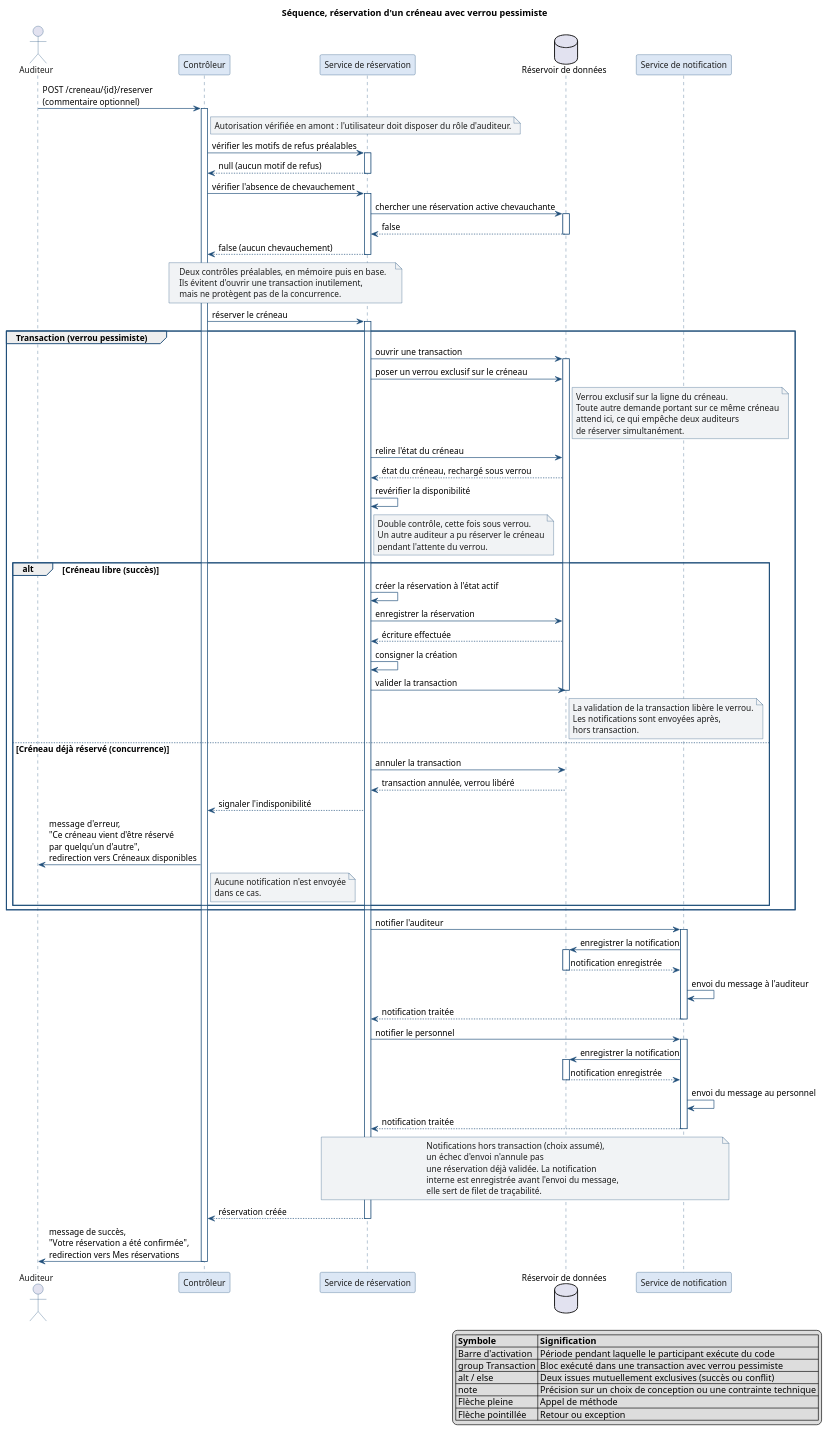
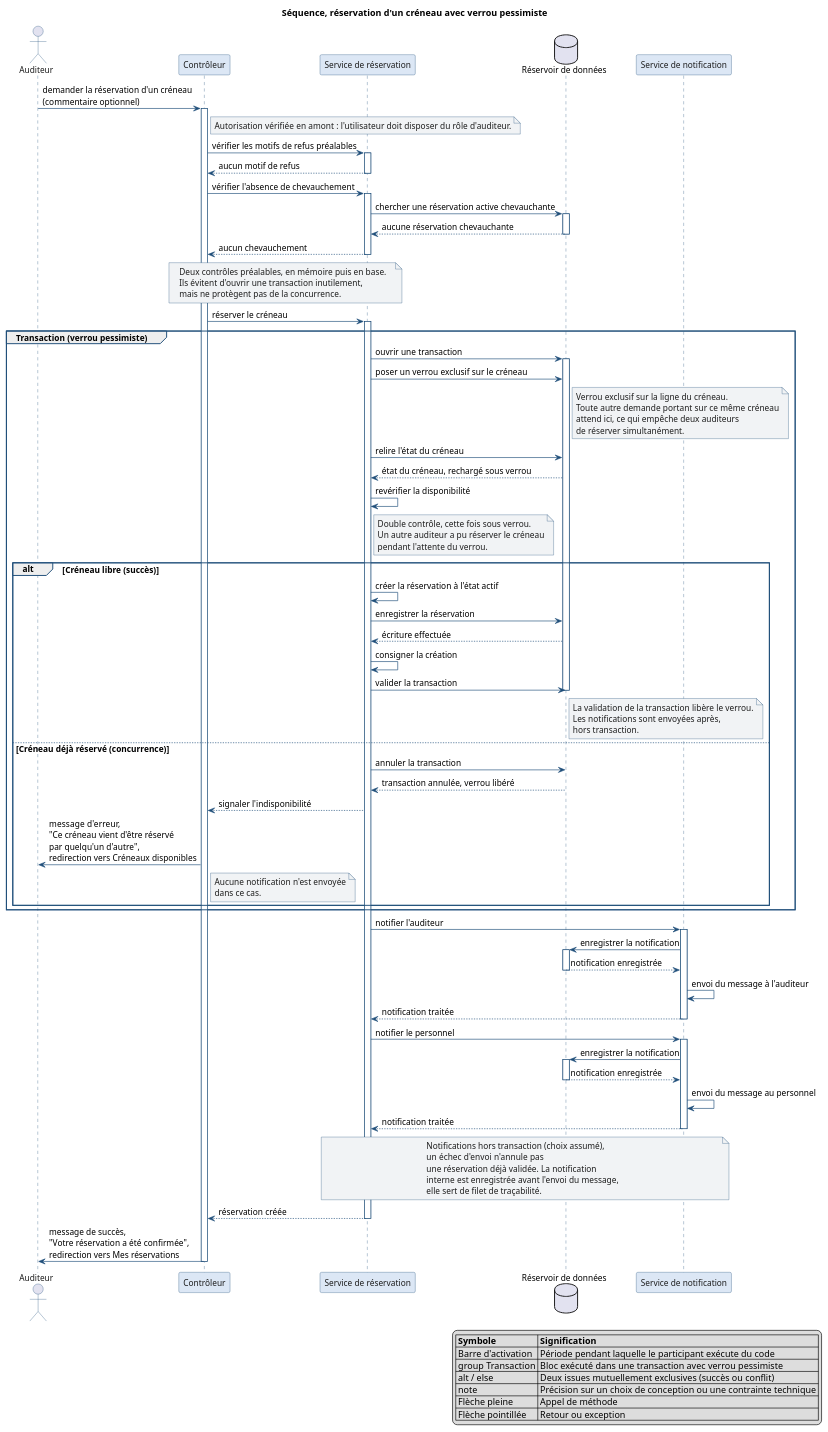
One commit to sgahovey/creaslot changed the diagram in docs/conception/diagrammes/sequence-reservation.puml. Above: the diagram before and after it, drawn with PlantUML. The commit also changed 49 other files, not shown here.

First line of the commit message:
docs(conception): regroupe les diagrammes et captures

```diff
--- a/docs/conception/diagrammes/sequence-reservation.puml
+++ b/docs/conception/diagrammes/sequence-reservation.puml
@@ -1,199 +1,199 @@
 @startuml sequence-reservation
 ' =====================================================================
 ' CreaSlot — Diagramme de sequence : reservation d'un creneau
 ' Section 5.7 du dossier CDA.
 '
 ' Fidele au code : chaque message correspond a un appel reellement
 ' present dans le code.
 '
 ' Sources :
 '   src/Controller/Auditeur/ReservationController.php (methode nouveau)
 '   src/Service/ReservationService.php (methode reserver, lignes 62 a 101)
 '   src/Service/NotificationService.php (notifierAuditeurReservation,
 '                                        notifierPersonnelReservation)
 '   src/Exception/CreneauIndisponibleException.php
 '
 ' Le participant "Base de donnees" fusionne l'EntityManager Doctrine,
 ' le ReservationRepository et MySQL : le detail de l'ORM n'apporte rien
 ' a la comprehension du verrouillage, qui est le sujet du diagramme.
 ' =====================================================================
 
 skinparam shadowing false
 skinparam sequenceMessageAlign left
 skinparam defaultFontName Helvetica
 skinparam defaultFontSize 13
 skinparam usecase {
   BorderColor #1F4E79
   BackgroundColor #DCE7F5
   FontColor #1E1E1E
 }
 skinparam actor {
   BorderColor #1F4E79
   FontColor #1E1E1E
 }
 skinparam participant {
   BorderColor #1F4E79
   BackgroundColor #DCE7F5
   FontColor #1E1E1E
 }
 skinparam sequence {
   ArrowColor #1F4E79
   LifeLineBorderColor #1F4E79
   GroupBorderColor #1F4E79
 }
 skinparam package {
   BorderColor #1F4E79
   FontColor #1E1E1E
 }
 skinparam note {
   BorderColor #1F4E79
   BackgroundColor #F1F3F5
   FontColor #1E1E1E
 }
 
 title Séquence, réservation d'un créneau avec verrou pessimiste
 
 actor "Auditeur" as AUDITEUR
 participant "Contrôleur" as CONTROLEUR
 participant "Service de réservation" as SERVICE
 database "Réservoir de données" as BDD
 participant "Service de notification" as NOTIF
 
-AUDITEUR -> CONTROLEUR : POST /creneau/{id}/reserver\n(commentaire optionnel)
+AUDITEUR -> CONTROLEUR : demander la réservation d'un créneau\n(commentaire optionnel)
 activate CONTROLEUR
 
 note right of CONTROLEUR
   Autorisation vérifiée en amont : l'utilisateur doit disposer du rôle d'auditeur.
 end note
 
 ' ---------------------------------------------------------------------
 ' Phase A, contrôles préalables hors transaction
 ' ---------------------------------------------------------------------
 CONTROLEUR -> SERVICE : vérifier les motifs de refus préalables
 activate SERVICE
-SERVICE --> CONTROLEUR : null (aucun motif de refus)
+SERVICE --> CONTROLEUR : aucun motif de refus
 deactivate SERVICE
 
 CONTROLEUR -> SERVICE : vérifier l'absence de chevauchement
 activate SERVICE
 SERVICE -> BDD : chercher une réservation active chevauchante
 activate BDD
-BDD --> SERVICE : false
+BDD --> SERVICE : aucune réservation chevauchante
 deactivate BDD
-SERVICE --> CONTROLEUR : false (aucun chevauchement)
+SERVICE --> CONTROLEUR : aucun chevauchement
 deactivate SERVICE
 
 note over CONTROLEUR, SERVICE
   Deux contrôles préalables, en mémoire puis en base.
   Ils évitent d'ouvrir une transaction inutilement,
   mais ne protègent pas de la concurrence.
 end note
 
 ' ---------------------------------------------------------------------
 ' Phase B, la transaction verrouillée
 ' ---------------------------------------------------------------------
 CONTROLEUR -> SERVICE : réserver le créneau
 activate SERVICE
 
 group Transaction (verrou pessimiste)
 
     SERVICE -> BDD : ouvrir une transaction
     activate BDD
 
     SERVICE -> BDD : poser un verrou exclusif sur le créneau
     note right of BDD
       Verrou exclusif sur la ligne du créneau.
       Toute autre demande portant sur ce même créneau
       attend ici, ce qui empêche deux auditeurs
       de réserver simultanément.
     end note
 
     SERVICE -> BDD : relire l'état du créneau
     BDD --> SERVICE : état du créneau, rechargé sous verrou
 
     SERVICE -> SERVICE : revérifier la disponibilité
     note right of SERVICE
       Double contrôle, cette fois sous verrou.
       Un autre auditeur a pu réserver le créneau
       pendant l'attente du verrou.
     end note
 
     alt Créneau libre (succès)
 
         SERVICE -> SERVICE : créer la réservation à l'état actif
         SERVICE -> BDD : enregistrer la réservation
         BDD --> SERVICE : écriture effectuée
         SERVICE -> SERVICE : consigner la création
         SERVICE -> BDD : valider la transaction
         note right of BDD
           La validation de la transaction libère le verrou.
           Les notifications sont envoyées après,
           hors transaction.
         end note
         deactivate BDD
 
     else Créneau déjà réservé (concurrence)
 
         SERVICE -> BDD : annuler la transaction
         BDD --> SERVICE : transaction annulée, verrou libéré
         deactivate BDD
         SERVICE --> CONTROLEUR : signaler l'indisponibilité
         CONTROLEUR -> AUDITEUR : message d'erreur,\n"Ce créneau vient d'être réservé\npar quelqu'un d'autre",\nredirection vers Créneaux disponibles
         note right of CONTROLEUR
           Aucune notification n'est envoyée
           dans ce cas.
         end note
 
     end
 
 end
 
 ' ---------------------------------------------------------------------
 ' Phase C, notifications après le commit (cas de succès)
 ' ---------------------------------------------------------------------
 SERVICE -> NOTIF : notifier l'auditeur
 activate NOTIF
 NOTIF -> BDD : enregistrer la notification
 activate BDD
 BDD --> NOTIF : notification enregistrée
 deactivate BDD
 NOTIF -> NOTIF : envoi du message à l'auditeur
 NOTIF --> SERVICE : notification traitée
 deactivate NOTIF
 
 SERVICE -> NOTIF : notifier le personnel
 activate NOTIF
 NOTIF -> BDD : enregistrer la notification
 activate BDD
 BDD --> NOTIF : notification enregistrée
 deactivate BDD
 NOTIF -> NOTIF : envoi du message au personnel
 NOTIF --> SERVICE : notification traitée
 deactivate NOTIF
 
 note over SERVICE, NOTIF
   Notifications hors transaction (choix assumé),
   un échec d'envoi n'annule pas
   une réservation déjà validée. La notification
   interne est enregistrée avant l'envoi du message,
   elle sert de filet de traçabilité.
 end note
 
 SERVICE --> CONTROLEUR : réservation créée
 deactivate SERVICE
 
 CONTROLEUR -> AUDITEUR : message de succès,\n"Votre réservation a été confirmée",\nredirection vers Mes réservations
 deactivate CONTROLEUR
 
 ' ---------------------------------------------------------------------
 legend right
   | **Symbole** | **Signification** |
   | Barre d'activation | Période pendant laquelle le participant exécute du code |
   | group Transaction | Bloc exécuté dans une transaction avec verrou pessimiste |
   | alt / else | Deux issues mutuellement exclusives (succès ou conflit) |
   | note | Précision sur un choix de conception ou une contrainte technique |
   | Flèche pleine | Appel de méthode |
   | Flèche pointillée | Retour ou exception |
 endlegend
 
 @enduml
```
